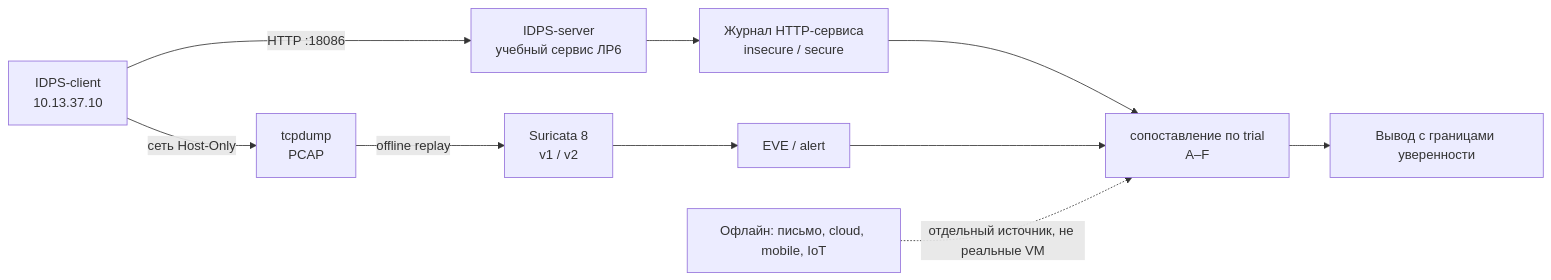
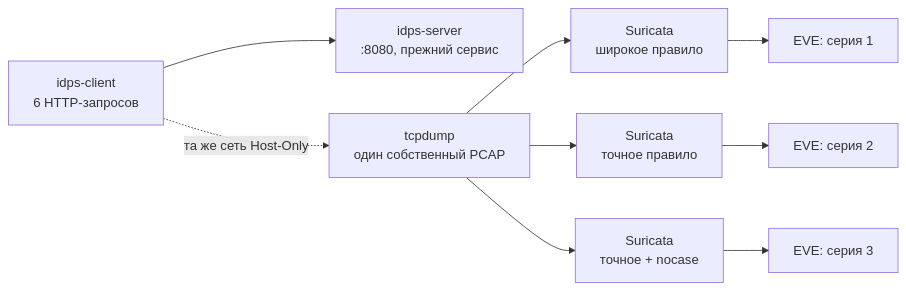
The diagram in docs/labs/lab06/index.md (11ndra/spvo), drawn with Mermaid before and after one commit. The commit also changed other lines of this file and 2 other files, not shown here.

````diff
--- a/docs/labs/lab06/index.md
+++ b/docs/labs/lab06/index.md
@@ -29,12 +33,11 @@
 ```mermaid
 flowchart LR
-    C["IDPS-client<br/>10.13.37.10"] -->|"HTTP :18086"| S["IDPS-server<br/>учебный сервис ЛР6"]
-    C -->|"сеть Host-Only"| P["tcpdump<br/>PCAP"]
-    P -->|"offline replay"| D["Suricata 8<br/>v1 / v2"]
-    D --> E["EVE / alert"]
-    S --> J["Журнал HTTP-сервиса<br/>insecure / secure"]
-    J --> R["сопоставление по trial<br/>A–F"]
-    E --> R
-    O["Офлайн: письмо, cloud, mobile, IoT"] -. "отдельный источник, не реальные VM" .-> R
-    R --> Z["Вывод с границами уверенности"]
+    C["idps-client<br/>6 HTTP-запросов"] --> S["idps-server<br/>:8080, прежний сервис"]
+    C -. "та же сеть Host-Only" .-> P["tcpdump<br/>один собственный PCAP"]
+    P --> V1["Suricata<br/>широкое правило"]
+    P --> V2["Suricata<br/>точное правило"]
+    P --> V3["Suricata<br/>точное + nocase"]
+    V1 --> E1["EVE: серия 1"]
+    V2 --> E2["EVE: серия 2"]
+    V3 --> E3["EVE: серия 3"]
 ```
````
